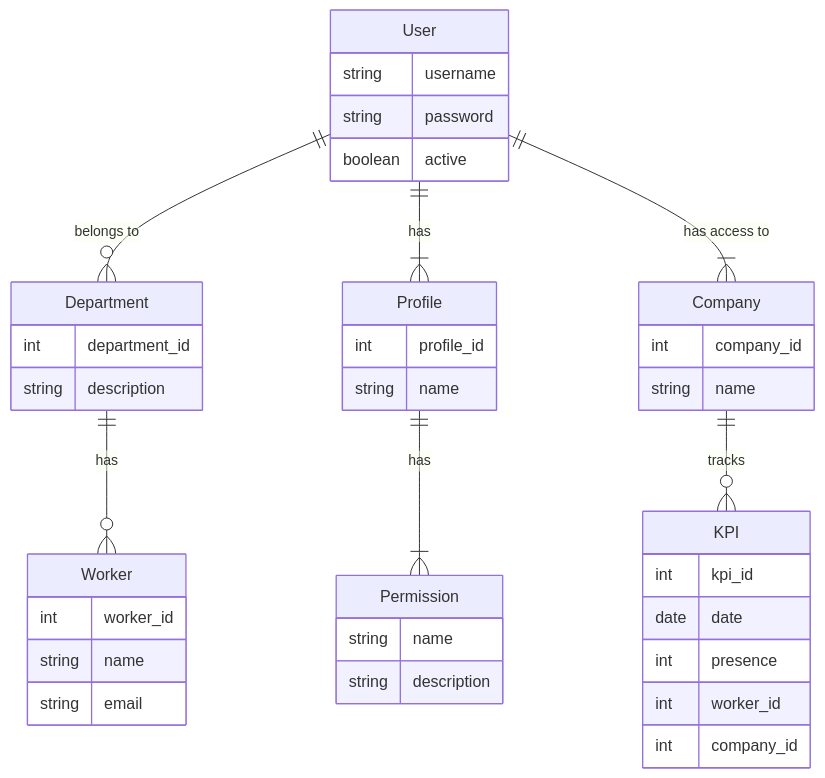
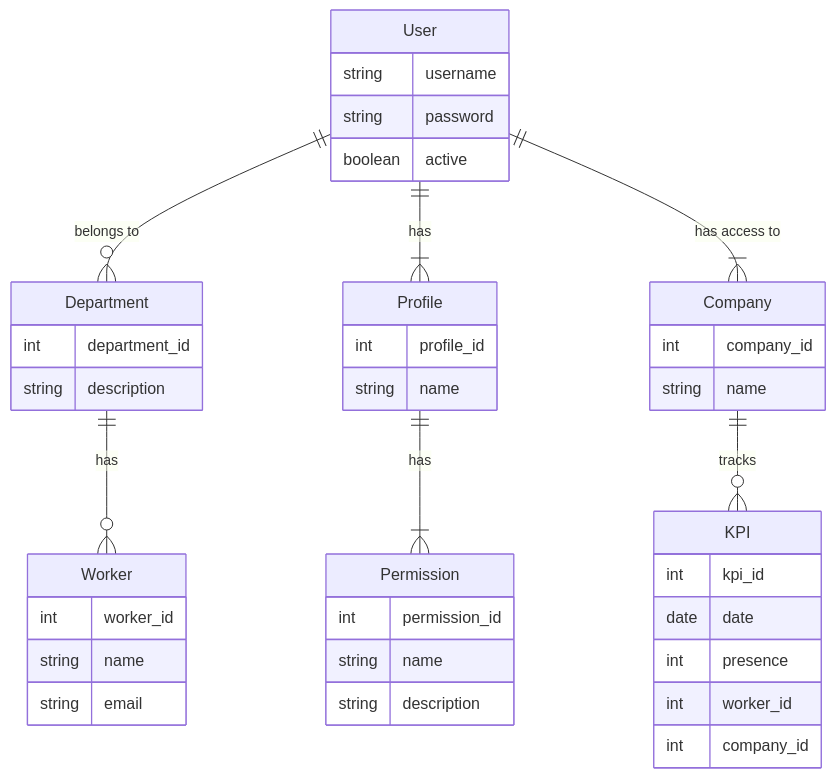
Before and after one commit to agonilha/portal-kpi: the sixth of 6 diagrams in diagramas/README.md, drawn with Mermaid. The commit also changed other lines of this file and 5 other files, not shown here.

Commit message:
Change the use-case diagram

````diff
--- a/diagramas/README.md
+++ b/diagramas/README.md
@@ -94,43 +159,44 @@
 ```mermaid
 erDiagram
     User ||--o{ Department : "belongs to"
     User ||--|{ Profile : has
     User ||--|{ Company : "has access to"
     Department ||--o{ Worker : has
     Company ||--o{ KPI : tracks
     Profile ||--|{ Permission : has
 
     User {
         string username
         string password
         boolean active
     }
     Department {
         int department_id
         string description
     }
     Company {
         int company_id
         string name
     }
     Profile {
         int profile_id
         string name
     }
     Worker {
         int worker_id
         string name
         string email
     }
     KPI {
         int kpi_id
         date date
         int presence
         int worker_id
         int company_id
     }
     Permission {
+        int permission_id
         string name
         string description
     }
 ```
````
